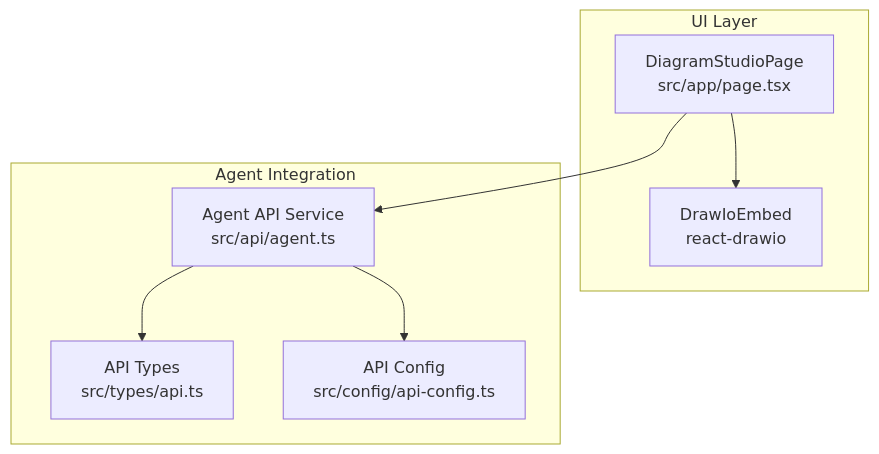
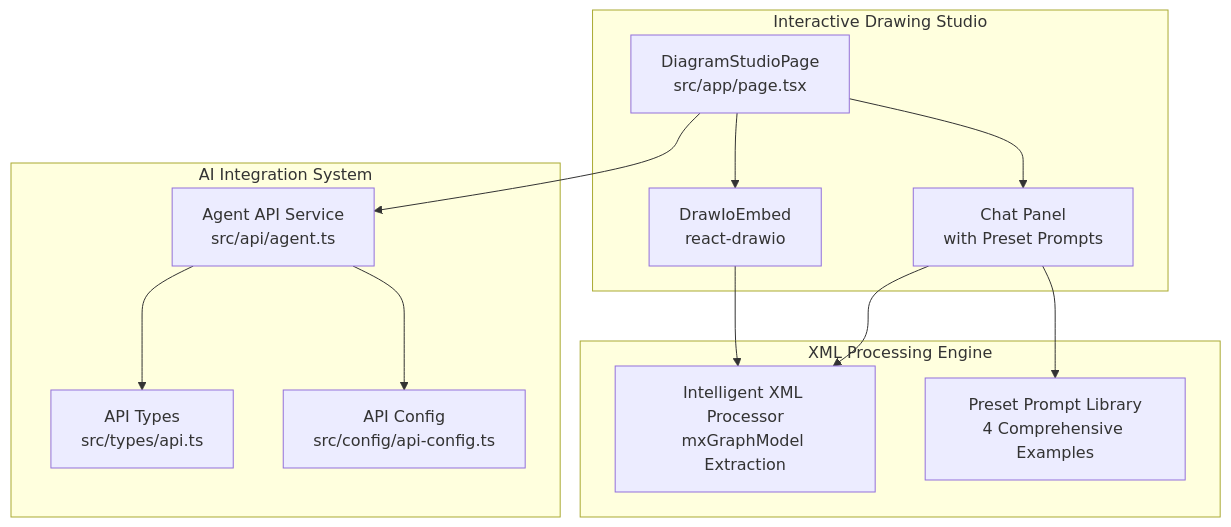
The first of 14 diagrams in .qoder/repowiki/en/content/Diagram Editor.md (shrekboss/agent-draw-io-front), drawn with Mermaid before and after one commit. The commit also changed other lines of this file and 13 other files, not shown here.

Commit message:
feat(agent-draw-io-front): 优化交互式画图

````diff
--- a/.qoder/repowiki/en/content/Diagram Editor.md
+++ b/.qoder/repowiki/en/content/Diagram Editor.md
@@ -37,16 +48,25 @@
 ```mermaid
 graph TB
-subgraph "UI Layer"
+subgraph "Interactive Drawing Studio"
 Page["DiagramStudioPage<br/>src/app/page.tsx"]
 DrawIo["DrawIoEmbed<br/>react-drawio"]
+ChatPanel["Chat Panel<br/>with Preset Prompts"]
 end
-subgraph "Agent Integration"
+subgraph "AI Integration System"
 AgentAPI["Agent API Service<br/>src/api/agent.ts"]
 Types["API Types<br/>src/types/api.ts"]
 Config["API Config<br/>src/config/api-config.ts"]
 end
+subgraph "XML Processing Engine"
+XMLProcessor["Intelligent XML Processor<br/>mxGraphModel Extraction"]
+PresetPrompts["Preset Prompt Library<br/>4 Comprehensive Examples"]
+end
 Page --> DrawIo
+Page --> ChatPanel
 Page --> AgentAPI
 AgentAPI --> Config
 AgentAPI --> Types
+ChatPanel --> PresetPrompts
+ChatPanel --> XMLProcessor
+DrawIo --> XMLProcessor
 ```
````
